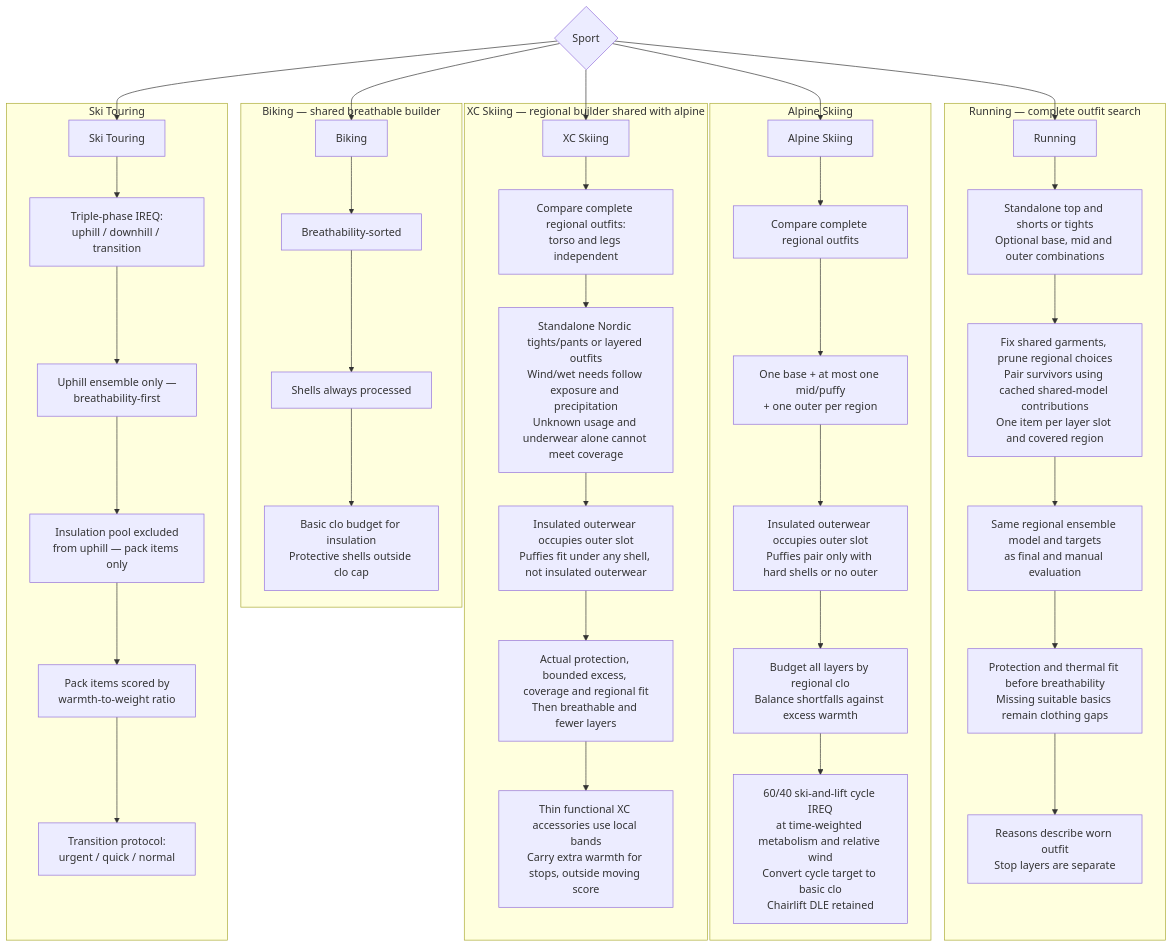
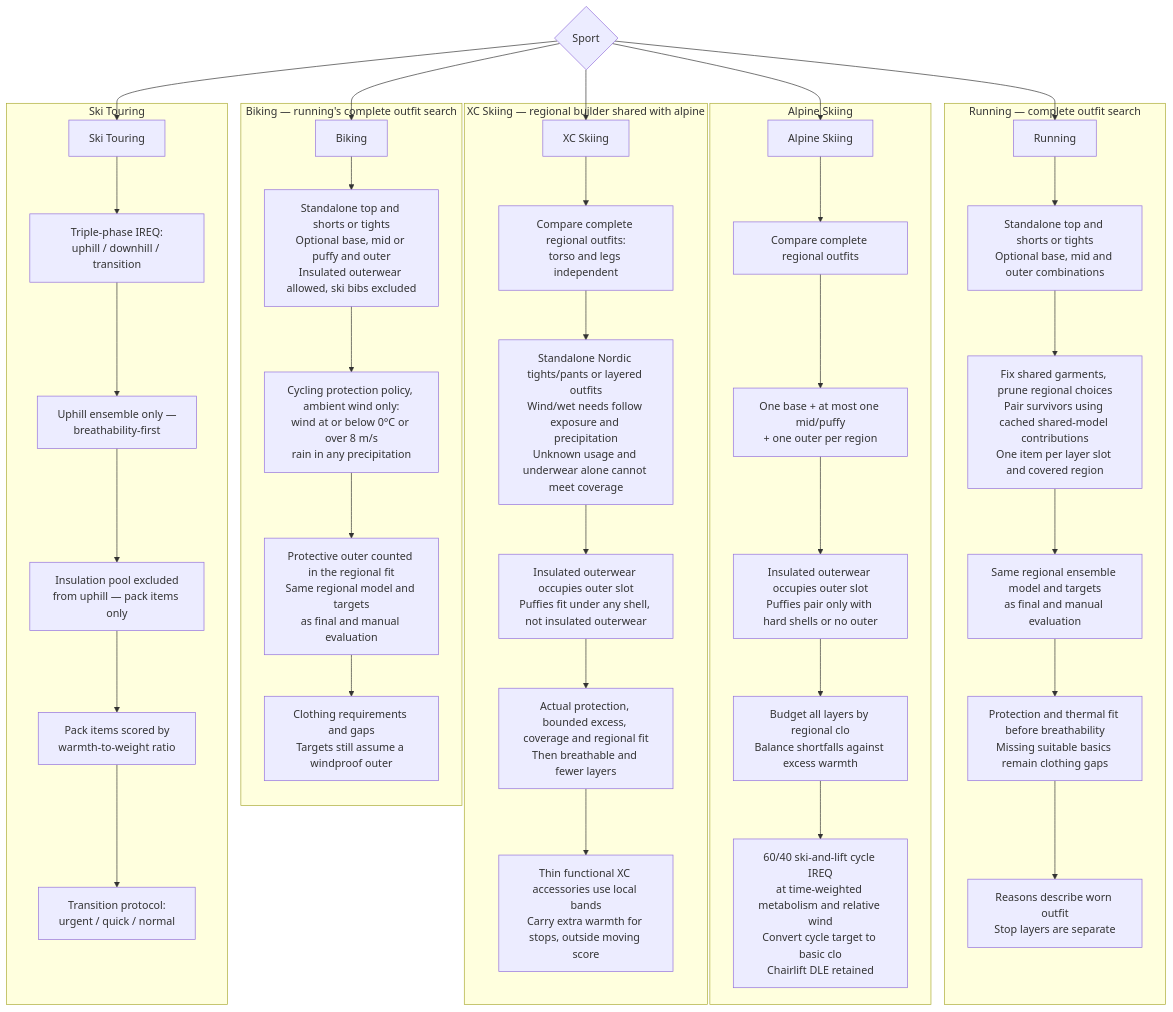
The fourth of 7 diagrams in README.md (derobertsw/swttr), drawn with Mermaid before and after one commit. The commit also changed other lines of this file and 12 other files, not shown here.

First line of the commit message:
Select complete cycling outfits that pass the shared comfort check (#371)

````diff
--- a/README.md
+++ b/README.md
@@ -187,46 +189,47 @@
 ```mermaid
 graph TD
     SPORT{Sport} --> RUN[Running]
     SPORT --> BIKE[Biking]
     SPORT --> ALP[Alpine Skiing]
     SPORT --> XC[XC Skiing]
     SPORT --> TOUR[Ski Touring]
 
     subgraph "Running — complete outfit search"
         RUN --> R1[Standalone top and shorts or tights<br/>Optional base, mid and outer combinations]
         R1 --> R2[Fix shared garments, prune regional choices<br/>Pair survivors using cached shared-model contributions<br/>One item per layer slot and covered region]
         R2 --> R3[Same regional ensemble model and targets<br/>as final and manual evaluation]
         R3 --> R4[Protection and thermal fit before breathability<br/>Missing suitable basics remain clothing gaps]
         R4 --> R5[Reasons describe worn outfit<br/>Stop layers are separate]
     end
 
-    subgraph "Biking — shared breathable builder"
-        BIKE --> B1[Breathability-sorted]
-        B1 --> B2[Shells always processed]
-        B2 --> B3[Basic clo budget for insulation<br/>Protective shells outside clo cap]
+    subgraph "Biking — running's complete outfit search"
+        BIKE --> B1[Standalone top and shorts or tights<br/>Optional base, mid or puffy and outer<br/>Insulated outerwear allowed, ski bibs excluded]
+        B1 --> B2[Cycling protection policy, ambient wind only:<br/>wind at or below 0°C or over 8 m/s<br/>rain in any precipitation]
+        B2 --> B3[Protective outer counted in the regional fit<br/>Same regional model and targets<br/>as final and manual evaluation]
+        B3 --> B4[Clothing requirements and gaps<br/>Targets still assume a windproof outer]
     end
 
     subgraph "Alpine Skiing"
         ALP --> A1[Compare complete regional outfits]
         A1 --> A2[One base + at most one mid/puffy<br/>+ one outer per region]
         A2 --> A3[Insulated outerwear occupies outer slot<br/>Puffies pair only with hard shells or no outer]
         A3 --> A4[Budget all layers by regional clo<br/>Balance shortfalls against excess warmth]
         A4 --> A5[60/40 ski-and-lift cycle IREQ<br/>at time-weighted metabolism and relative wind<br/>Convert cycle target to basic clo<br/>Chairlift DLE retained]
     end
 
     subgraph "XC Skiing — regional builder shared with alpine"
         XC --> X1[Compare complete regional outfits:<br/>torso and legs independent]
         X1 --> X2[Standalone Nordic tights/pants or layered outfits<br/>Wind/wet needs follow exposure and precipitation<br/>Unknown usage and underwear alone cannot meet coverage]
         X2 --> X3[Insulated outerwear occupies outer slot<br/>Puffies fit under any shell, not insulated outerwear]
         X3 --> X4[Actual protection, bounded excess, coverage and regional fit<br/>Then breathable and fewer layers]
         X4 --> X5[Thin functional XC accessories use local bands<br/>Carry extra warmth for stops, outside moving score]
     end
 
     subgraph "Ski Touring"
         TOUR --> T1a[Triple-phase IREQ:<br/>uphill / downhill / transition]
         T1a --> T2a[Uphill ensemble only —<br/>breathability-first]
         T2a --> T3a[Insulation pool excluded<br/>from uphill — pack items only]
         T3a --> T4a[Pack items scored by<br/>warmth-to-weight ratio]
         T4a --> T5a[Transition protocol:<br/>urgent / quick / normal]
     end
 ```
````
